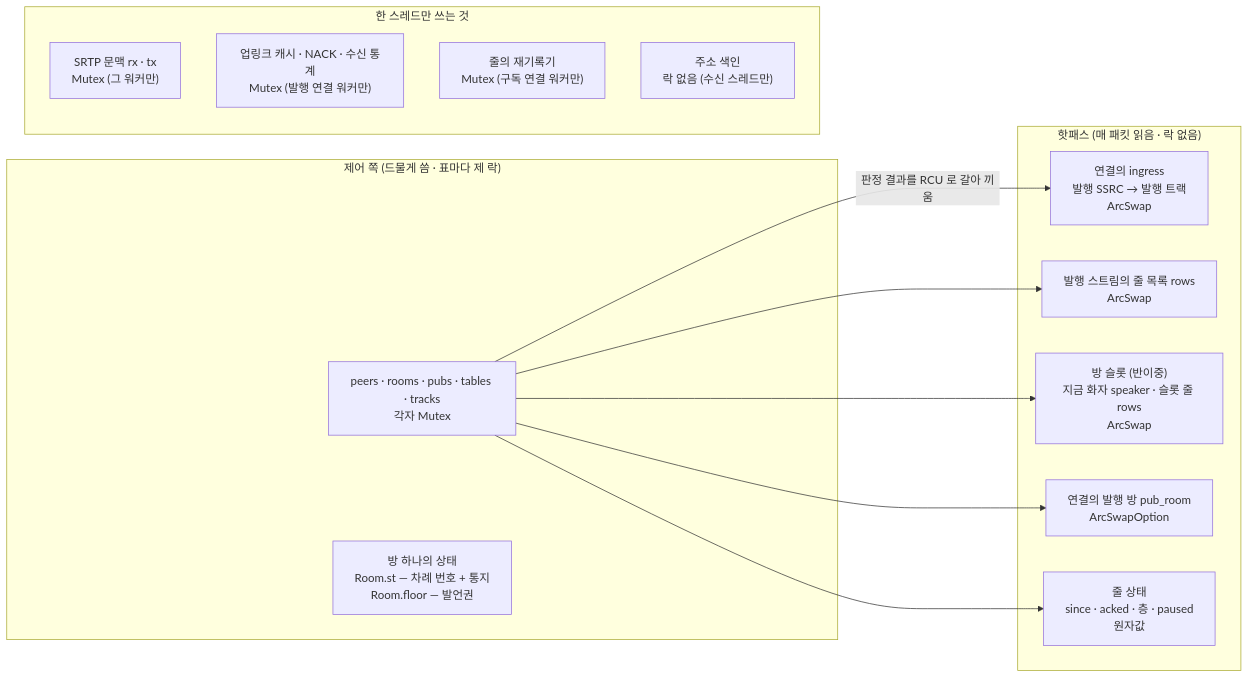
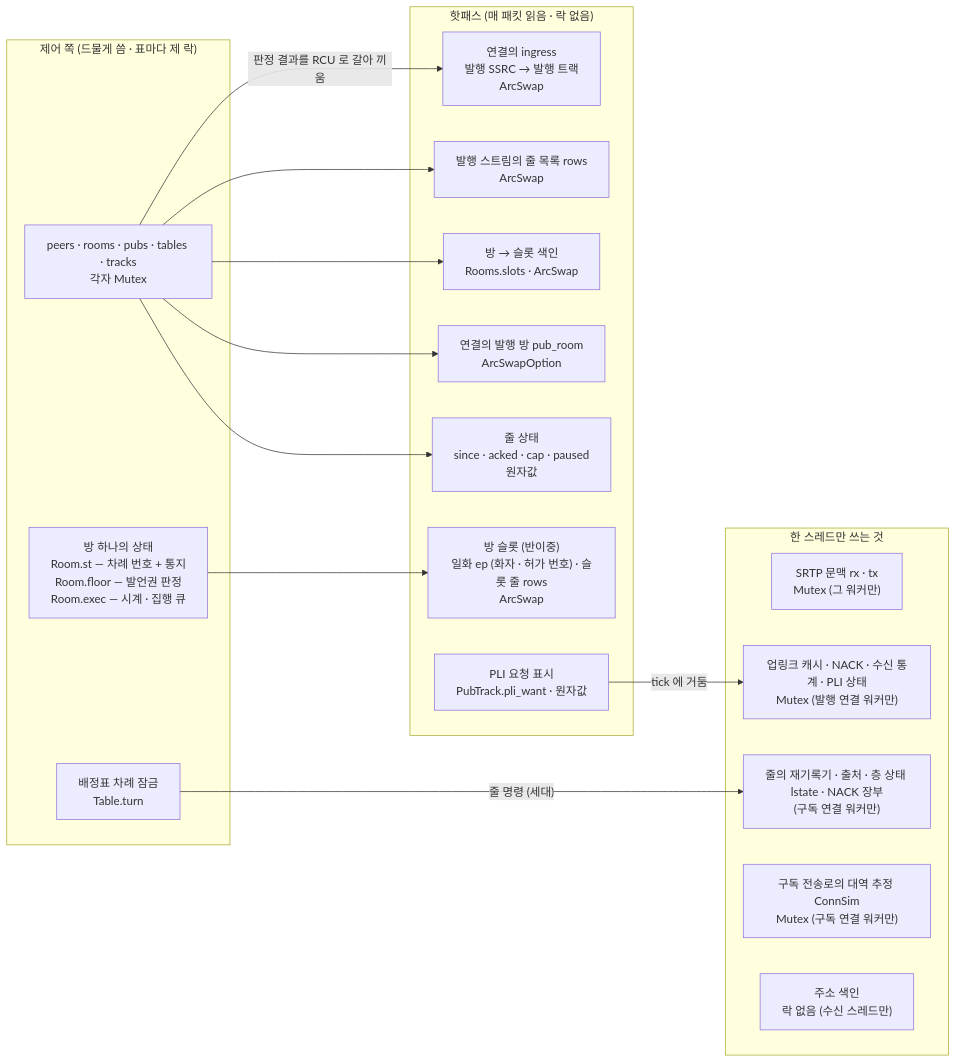
The third of 11 diagrams in docs/architecture.md (kodeholic9/oxlens-sfu), drawn with Mermaid before and after one commit. The commit also changed other lines of this file and 37 other files, not shown here.

````diff
--- a/docs/architecture.md
+++ b/docs/architecture.md
@@ -153,25 +191,32 @@
 ```mermaid
 flowchart LR
     subgraph CTRL["제어 쪽 (드물게 씀 · 표마다 제 락)"]
         ST["peers · rooms · pubs · tables · tracks<br/>각자 Mutex"]
-        RM["방 하나의 상태<br/>Room.st — 차례 번호 + 통지<br/>Room.floor — 발언권"]
+        RM["방 하나의 상태<br/>Room.st — 차례 번호 + 통지<br/>Room.floor — 발언권 판정<br/>Room.exec — 시계 · 집행 큐"]
+        TT["배정표 차례 잠금<br/>Table.turn"]
     end
     subgraph HOT["핫패스 (매 패킷 읽음 · 락 없음)"]
         R1["연결의 ingress<br/>발행 SSRC → 발행 트랙<br/>ArcSwap"]
         R2["발행 스트림의 줄 목록 rows<br/>ArcSwap"]
-        R3["방 슬롯 (반이중)<br/>지금 화자 speaker · 슬롯 줄 rows<br/>ArcSwap"]
+        R3["방 슬롯 (반이중)<br/>일화 ep (화자 · 허가 번호) · 슬롯 줄 rows<br/>ArcSwap"]
+        R3b["방 → 슬롯 색인<br/>Rooms.slots · ArcSwap"]
         R4["연결의 발행 방 pub_room<br/>ArcSwapOption"]
-        R5["줄 상태<br/>since · acked · 층 · paused<br/>원자값"]
+        R5["줄 상태<br/>since · acked · cap · paused<br/>원자값"]
+        R6["PLI 요청 표시<br/>PubTrack.pli_want · 원자값"]
     end
     subgraph OWN["한 스레드만 쓰는 것"]
         O1["SRTP 문맥 rx · tx<br/>Mutex (그 워커만)"]
-        O2["업링크 캐시 · NACK · 수신 통계<br/>Mutex (발행 연결 워커만)"]
-        O3["줄의 재기록기<br/>Mutex (구독 연결 워커만)"]
+        O2["업링크 캐시 · NACK · 수신 통계 · PLI 상태<br/>Mutex (발행 연결 워커만)"]
+        O3["줄의 재기록기 · 출처 · 층 상태 lstate · NACK 장부<br/>(구독 연결 워커만)"]
+        O5["구독 전송로의 대역 추정 ConnSim<br/>Mutex (구독 연결 워커만)"]
         O4["주소 색인<br/>락 없음 (수신 스레드만)"]
     end
     ST -->|"판정 결과를 RCU 로 갈아 끼움"| R1
     ST --> R2
-    ST --> R3
+    RM --> R3
+    ST --> R3b
     ST --> R4
     ST --> R5
+    TT -->|"줄 명령 (세대)"| O3
+    R6 -->|"tick 에 거둠"| O2
 ```
````
